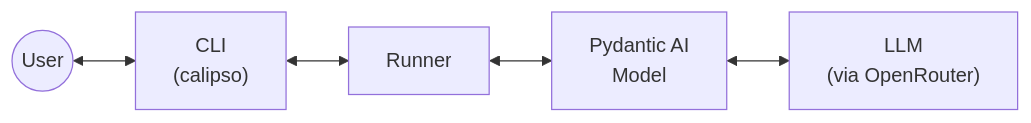
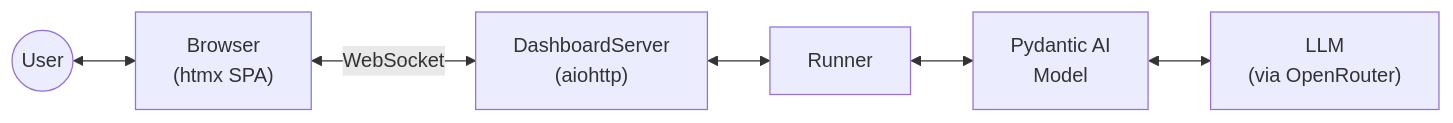
The first of 2 diagrams in docs/src/overview/README.md (nilp0inter/calipso), drawn with Mermaid before and after one commit. The commit also changed other lines of this file and 18 other files, not shown here.

First line of the commit message:
Add live browser dashboard with per-widget HTML views over WebSocket

````diff
--- a/docs/src/overview/README.md
+++ b/docs/src/overview/README.md
@@ -5,7 +5,8 @@
 ```mermaid
 flowchart LR
-    User((User)) <--> CLI["CLI\n(calipso)"]
-    CLI <--> Runner["Runner"]
+    User((User)) <--> Browser["Browser\n(htmx SPA)"]
+    Browser <--> |WebSocket| Server["DashboardServer\n(aiohttp)"]
+    Server <--> Runner["Runner"]
     Runner <--> Model["Pydantic AI\nModel"]
     Model <--> LLM["LLM\n(via OpenRouter)"]
 ```
````
